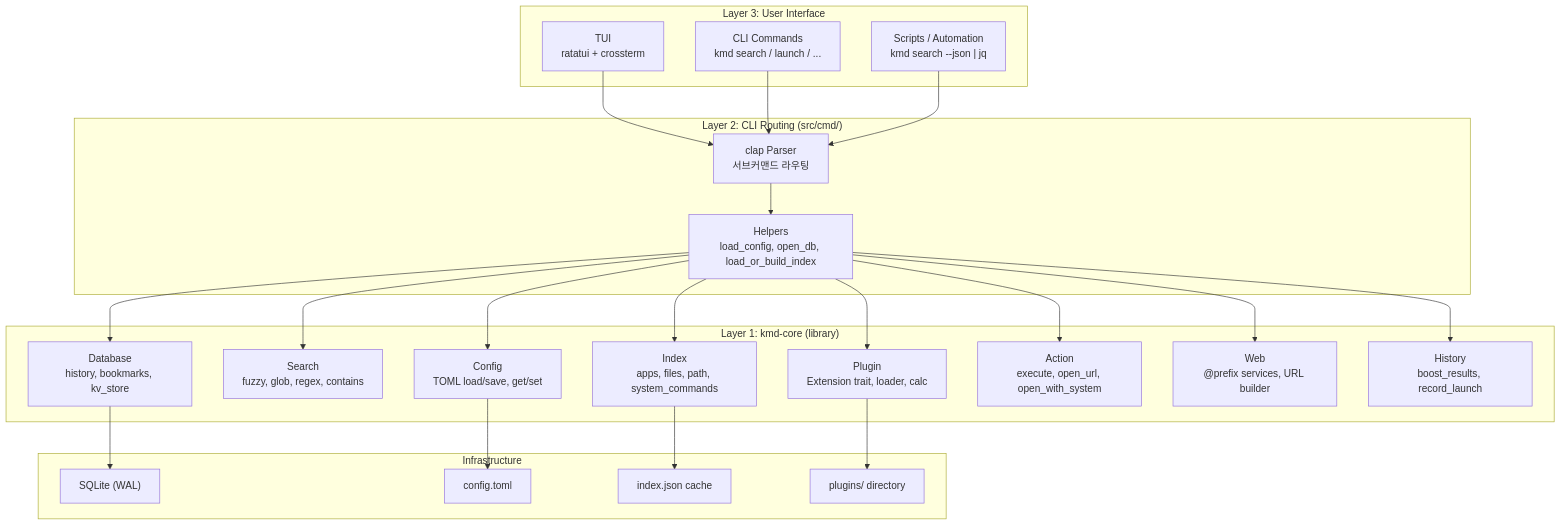
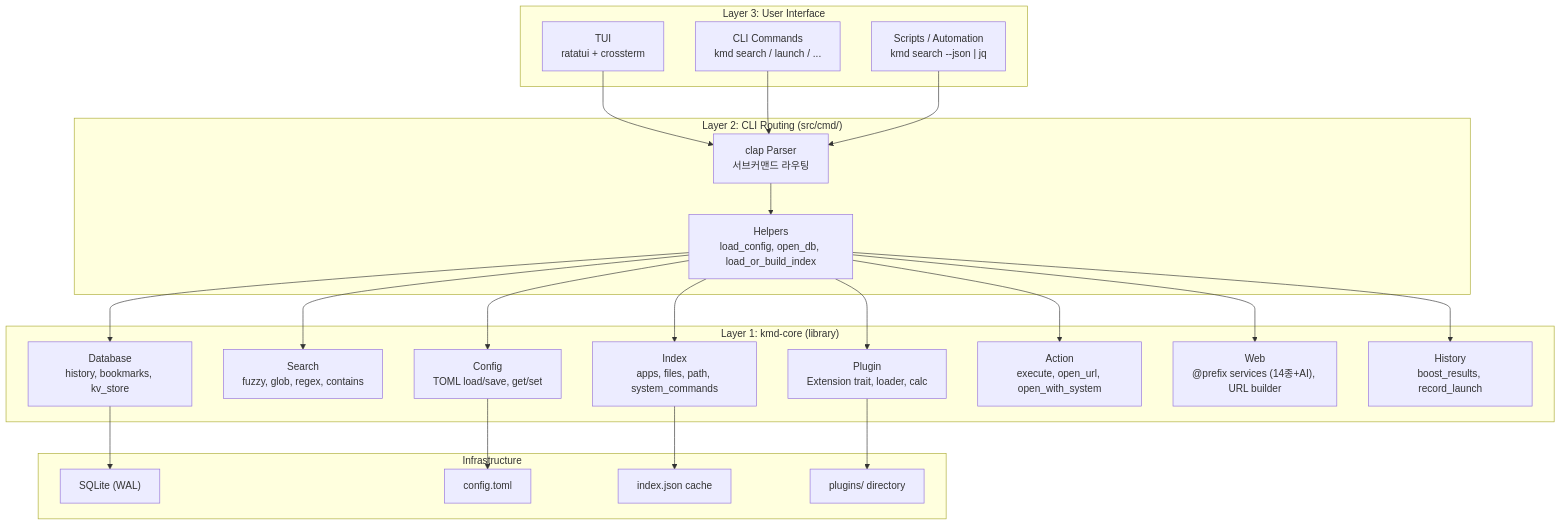
The first of 11 diagrams in docs/02_architecture.md (bullpae/keymander-cli), drawn with Mermaid before and after one commit. The commit also changed other lines of this file and 2 other files, not shown here.

First line of the commit message:
docs: sync README and design docs with folder drill-down, AI services, improved history

````diff
--- a/docs/02_architecture.md
+++ b/docs/02_architecture.md
@@ -7,49 +7,49 @@
 ```mermaid
 graph TB
     subgraph Layer3 ["Layer 3: User Interface"]
         TUI["TUI<br/>ratatui + crossterm"]
         CLI["CLI Commands<br/>kmd search / launch / ..."]
         Scripts["Scripts / Automation<br/>kmd search --json | jq"]
     end
 
     subgraph Layer2 ["Layer 2: CLI Routing (src/cmd/)"]
         ClapRouter["clap Parser<br/>서브커맨드 라우팅"]
         Helpers["Helpers<br/>load_config, open_db, load_or_build_index"]
     end
 
     subgraph Layer1 ["Layer 1: kmd-core (library)"]
         Index["Index<br/>apps, files, path, system_commands"]
         Search["Search<br/>fuzzy, glob, regex, contains"]
         DB["Database<br/>history, bookmarks, kv_store"]
         Config["Config<br/>TOML load/save, get/set"]
         Plugin["Plugin<br/>Extension trait, loader, calc"]
         Action["Action<br/>execute, open_url, open_with_system"]
-        Web["Web<br/>@prefix services, URL builder"]
+        Web["Web<br/>@prefix services (14종+AI), URL builder"]
         History["History<br/>boost_results, record_launch"]
     end
 
     subgraph Infra ["Infrastructure"]
         SQLite["SQLite (WAL)"]
         TOML["config.toml"]
         JSON["index.json cache"]
         PluginDir["plugins/ directory"]
     end
 
     TUI --> ClapRouter
     CLI --> ClapRouter
     Scripts --> ClapRouter
     ClapRouter --> Helpers
     Helpers --> Index
     Helpers --> Search
     Helpers --> DB
     Helpers --> Config
     Helpers --> Action
     Helpers --> Web
     Helpers --> History
     Helpers --> Plugin
 
     DB --> SQLite
     Config --> TOML
     Index --> JSON
     Plugin --> PluginDir
 ```
````
